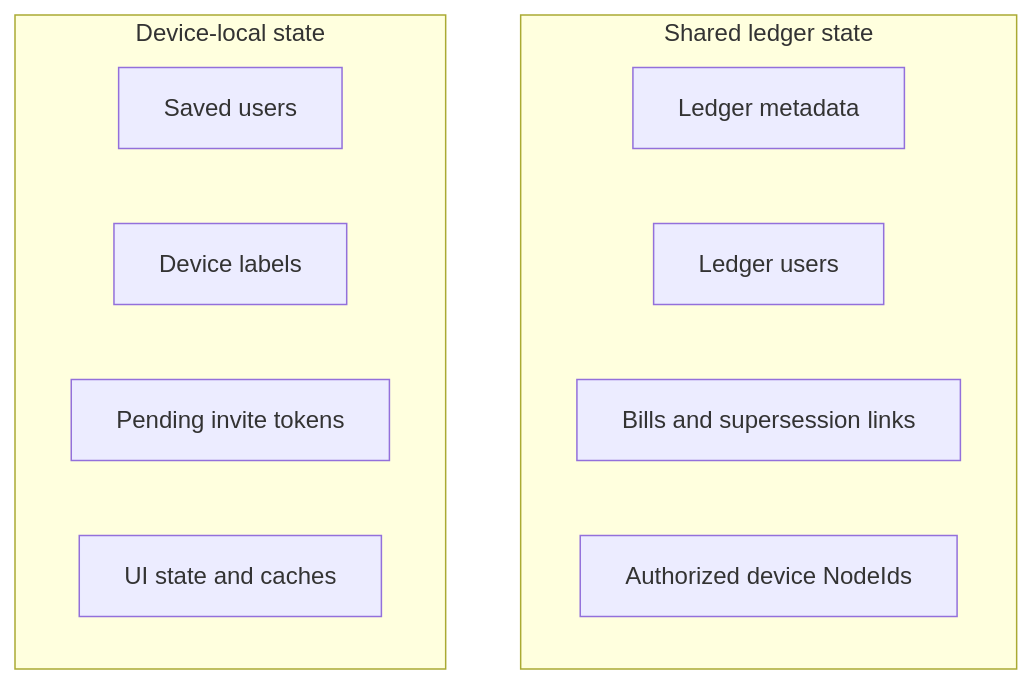
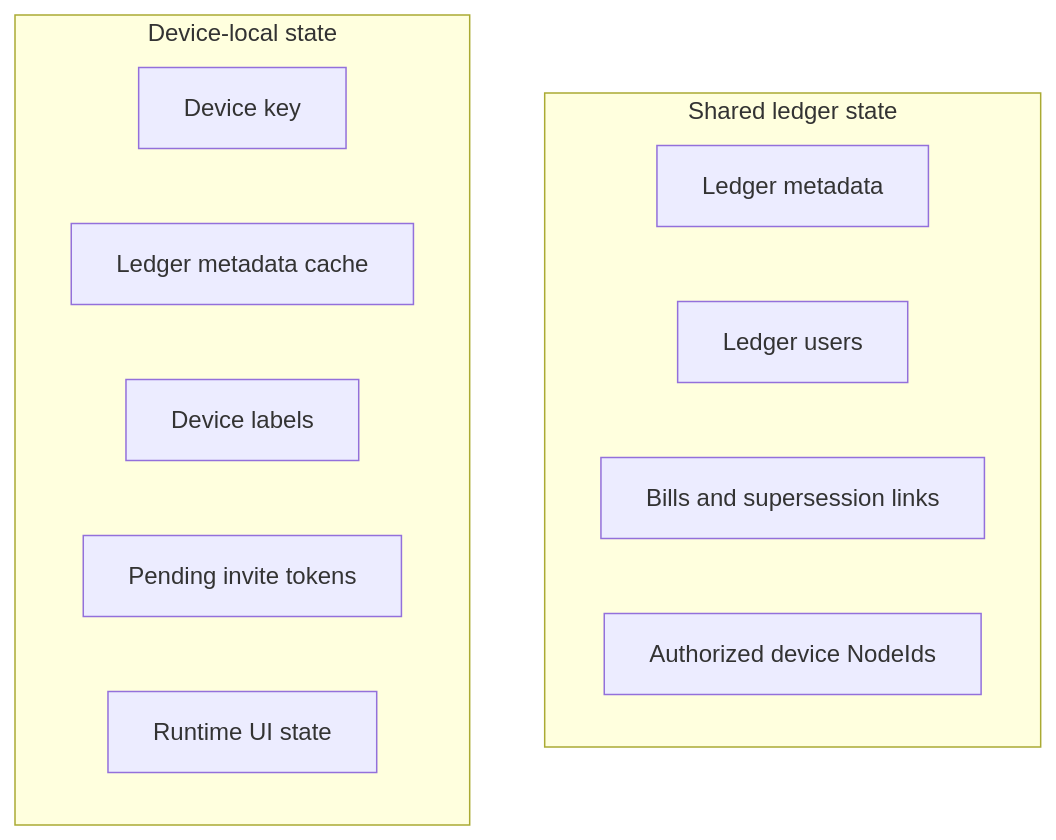
The diagram in unbill-docs/shared-and-local-state.md (unbill-project/unbill), drawn with Mermaid before and after one commit. The commit also changed other lines of this file and 57 other files, not shown here.

````diff
--- a/unbill-docs/shared-and-local-state.md
+++ b/unbill-docs/shared-and-local-state.md
@@ -28,16 +34,17 @@
 ```mermaid
 flowchart TB
     subgraph Shared["Shared ledger state"]
         Ledger["Ledger metadata"]
         Users["Ledger users"]
         Bills["Bills and supersession links"]
         Devices["Authorized device NodeIds"]
     end
 
     subgraph Local["Device-local state"]
-        SavedUsers["Saved users"]
+        Key["Device key"]
+        MetaCache["Ledger metadata cache"]
         Labels["Device labels"]
         Pending["Pending invite tokens"]
-        Ui["UI state and caches"]
+        Ui["Runtime UI state"]
     end
 ```
````
